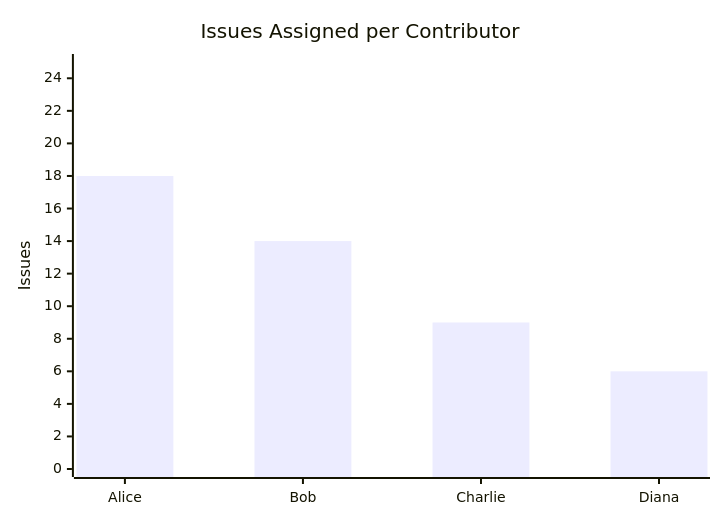
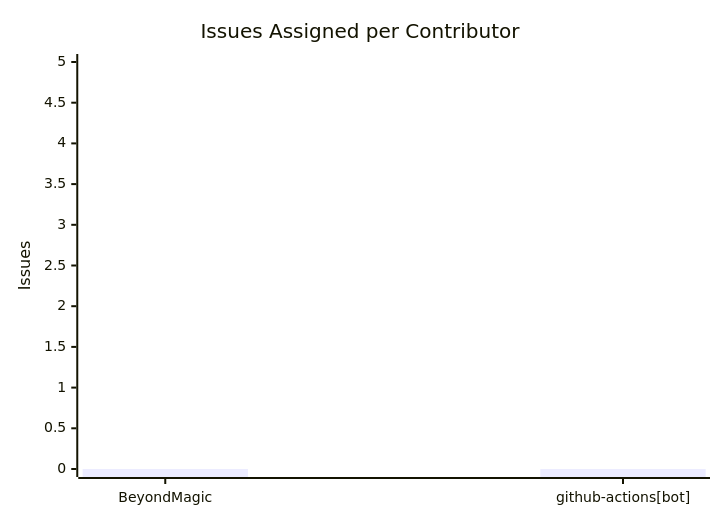
The diagram in documentation/snippets/management/assigned-issues.mmd (BeyondMagic/swe-template), drawn with Mermaid before and after one commit. The commit also changed 8 other files, not shown here.

```diff
--- a/documentation/snippets/management/assigned-issues.mmd
+++ b/documentation/snippets/management/assigned-issues.mmd
@@ -1,5 +1,5 @@
 xychart-beta
     title "Issues Assigned per Contributor"
-    x-axis ["Alice", "Bob", "Charlie", "Diana"]
-    y-axis "Issues" 0 --> 25
-    bar [18, 14, 9, 6]
+    x-axis ["BeyondMagic", "github-actions[bot]"]
+    y-axis "Issues" 0 --> 5
+    bar [0, 0]
```
